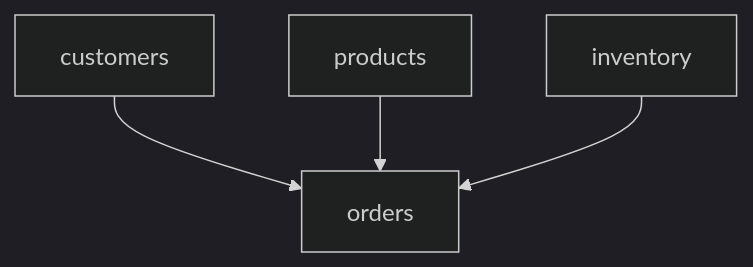
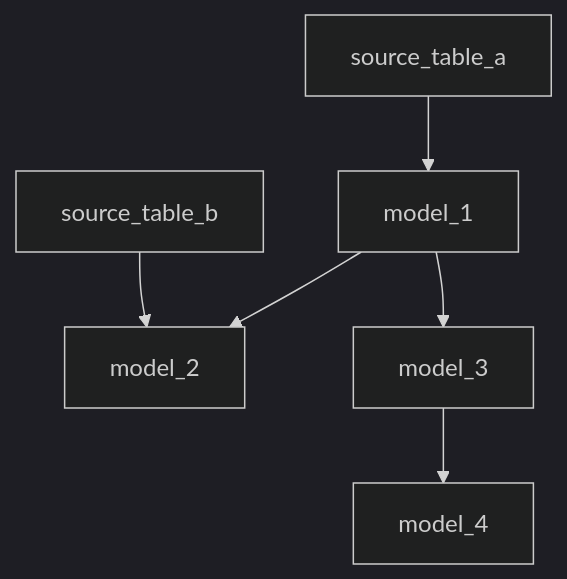
The diagram in data_lineage/README.md (caitpj/SQL-WatchPup), drawn with Mermaid (dark theme) before and after one commit. The commit also changed other lines of this file and 3 other files, not shown here.

````diff
--- a/data_lineage/README.md
+++ b/data_lineage/README.md
@@ -53,6 +91,8 @@
 ```mermaid
 flowchart TD
-    customers-->orders
-    products-->orders
-    inventory-->orders
+    source_table_a-->model_1
+    model_1-->model_2
+    model_1-->model_3
+    source_table_b-->model_2
+    model_3-->model_4
 ```
````
